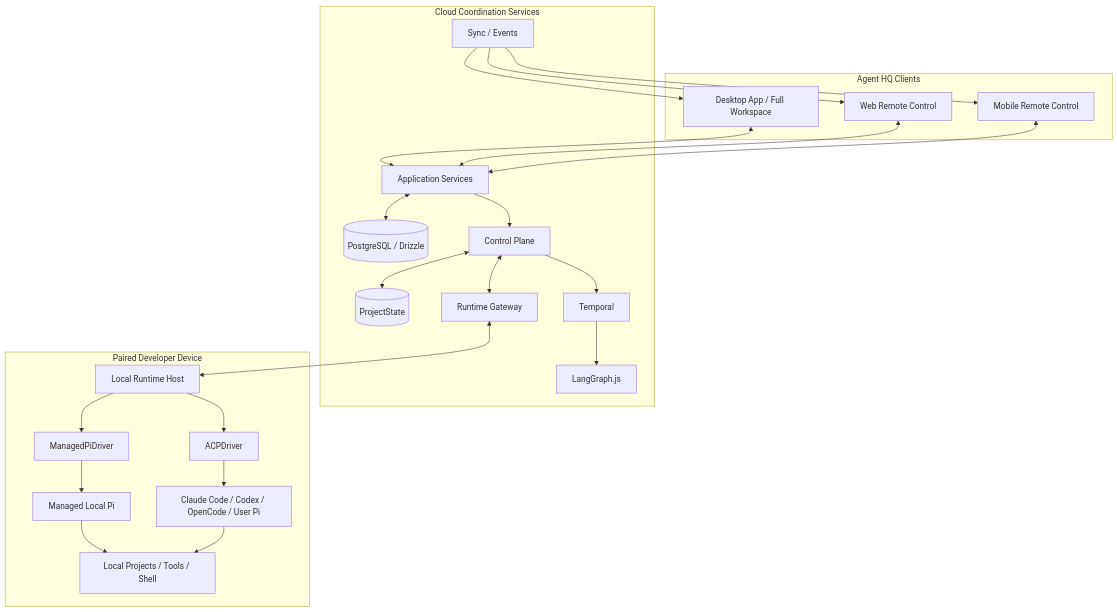
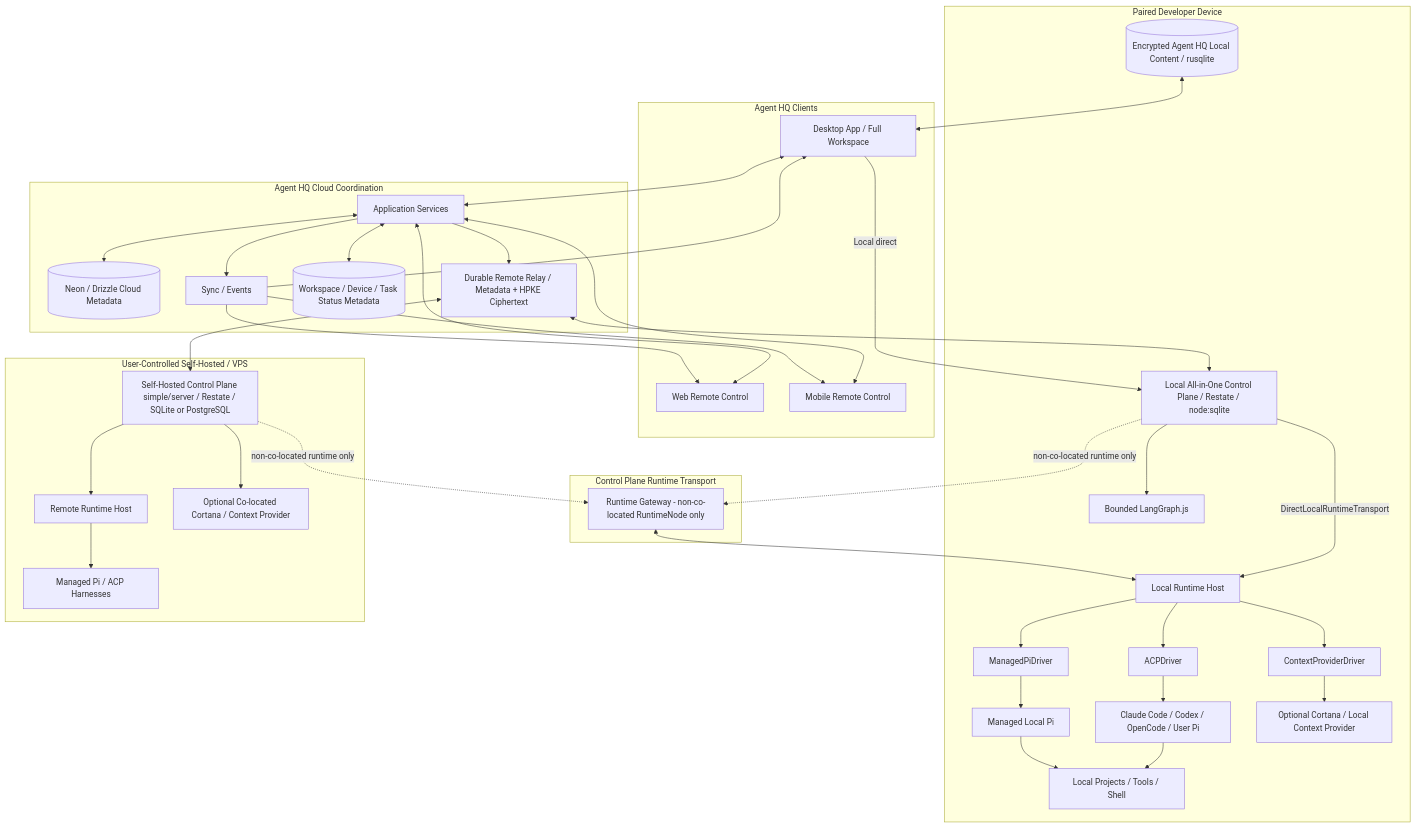
Before and after one commit to adea-ai/adea: the tenth of 18 diagrams in docs/architecture/diagram-sources.md, drawn with Mermaid. The commit also changed other lines of this file, not shown here.

Commit message:
docs: reconcile Agent HQ architecture diagrams with canonical source

````diff
--- a/docs/architecture/diagram-sources.md
+++ b/docs/architecture/diagram-sources.md
@@ -301,45 +342,67 @@
 ```mermaid
 flowchart TB
     subgraph Clients["Agent HQ Clients"]
         D[Desktop App / Full Workspace]
         W[Web Remote Control]
         M[Mobile Remote Control]
     end
-    subgraph Cloud["Cloud Coordination Services"]
+    subgraph Cloud["Agent HQ Cloud Coordination"]
         APP[Application Services]
-        DB[(PostgreSQL / Drizzle)]
-        CP[Control Plane]
-        PS[(ProjectState)]
-        TW[Temporal]
-        LG[LangGraph.js]
+        DB[(Neon / Drizzle Cloud Metadata)]
+        RELAY[Durable Remote Relay / Metadata + HPKE Ciphertext]
+        META[(Workspace / Device / Task Status Metadata)]
         EVT[Sync / Events]
-        RG[Runtime Gateway]
+    end
+    subgraph RuntimeTransportInfra["Control Plane Runtime Transport"]
+        RG[Runtime Gateway - non-co-located RuntimeNode only]
     end
     subgraph Local["Paired Developer Device"]
+        LC[(Encrypted Agent HQ Local Content / rusqlite)]
+        LCP[Local All-in-One Control Plane / Restate / node:sqlite]
+        LG[Bounded LangGraph.js]
         RH[Local Runtime Host]
         MPI[Managed Local Pi]
         MPD[ManagedPiDriver]
         ACPD[ACPDriver]
+        CPD[ContextProviderDriver]
         EXT[Claude Code / Codex / OpenCode / User Pi]
         ENV[Local Projects / Tools / Shell]
+        CT[Optional Cortana / Local Context Provider]
+    end
+    subgraph Hosted["User-Controlled Self-Hosted / VPS"]
+        HCP[Self-Hosted Control Plane simple/server / Restate / SQLite or PostgreSQL]
+        HRT[Remote Runtime Host]
+        HPI[Managed Pi / ACP Harnesses]
+        HCT[Optional Co-located Cortana / Context Provider]
     end
     D <--> APP
     W <--> APP
     M <--> APP
     APP <--> DB
-    APP --> CP
-    CP <--> PS
-    CP --> TW
-    TW --> LG
-    CP <--> RG
+    APP --> RELAY
+    APP <--> META
+    APP --> EVT
+    LCP --> LG
+    RELAY <--> LCP
+    RELAY <--> HCP
+    LCP -. non-co-located runtime only .-> RG
+    HCP -. non-co-located runtime only .-> RG
     RG <--> RH
+    HCP --> HRT
+    HCP --> HCT
+    HRT --> HPI
+    LC <--> D
+    D -->|Local direct| LCP
+    LCP -->|DirectLocalRuntimeTransport| RH
     EVT --> D
     EVT --> W
     EVT --> M
     RH --> MPD
     MPD --> MPI
     RH --> ACPD
     ACPD --> EXT
+    RH --> CPD
+    CPD --> CT
     MPI --> ENV
     EXT --> ENV
 ```
````
